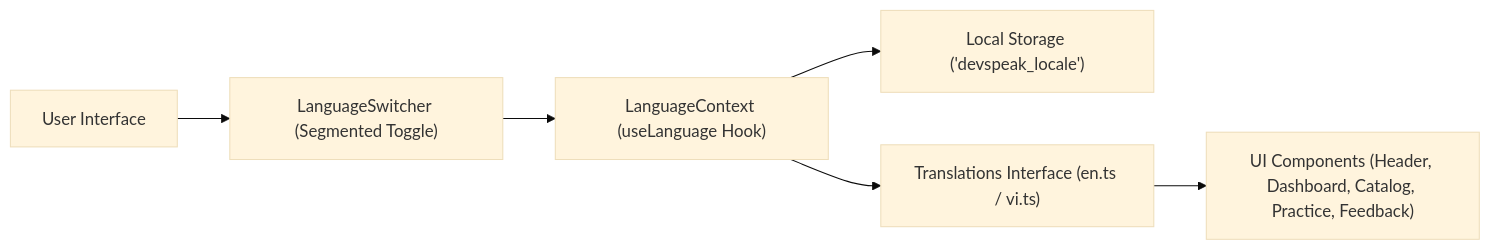
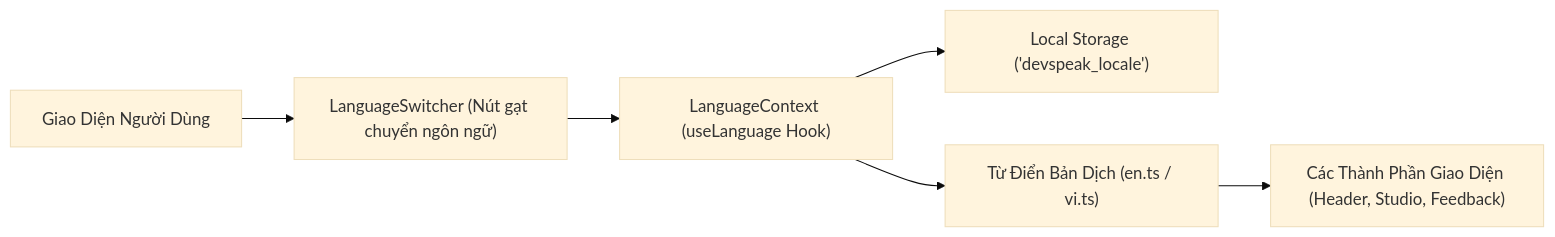
The third of 3 diagrams in docs/ARCHITECTURE.md (nguyenlpn2015/DevSpeak-AI), drawn with Mermaid (base theme) before and after one commit. The commit also changed other lines of this file and 19 other files, not shown here.

````diff
--- a/docs/ARCHITECTURE.md
+++ b/docs/ARCHITECTURE.md
@@ -195,8 +188,8 @@
 ```mermaid
 graph LR
-    User["User Interface"] --> Switcher["LanguageSwitcher (Segmented Toggle)"]
+    User["Giao Diện Người Dùng"] --> Switcher["LanguageSwitcher (Nút gạt chuyển ngôn ngữ)"]
     Switcher --> Context["LanguageContext (useLanguage Hook)"]
     Context --> Persistence["Local Storage ('devspeak_locale')"]
-    Context --> Dictionaries["Translations Interface (en.ts / vi.ts)"]
-    Dictionaries --> Components["UI Components (Header, Dashboard, Catalog, Practice, Feedback)"]
+    Context --> Dictionaries["Từ Điển Bản Dịch (en.ts / vi.ts)"]
+    Dictionaries --> Components["Các Thành Phần Giao Diện (Header, Studio, Feedback)"]
 ```
````
